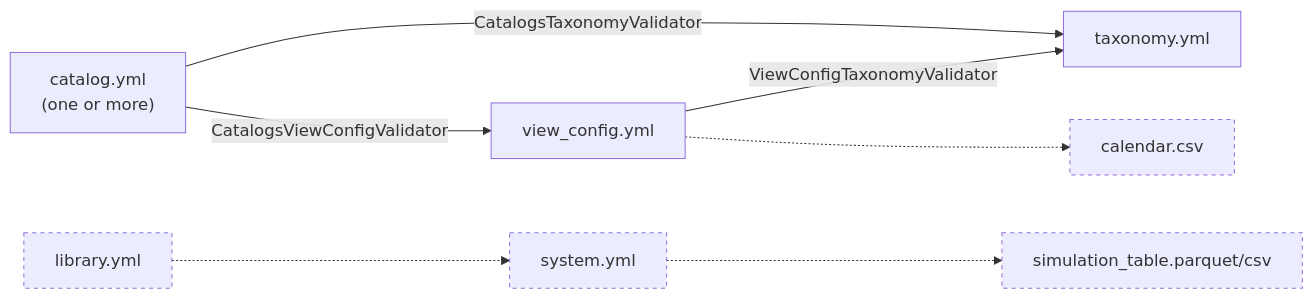
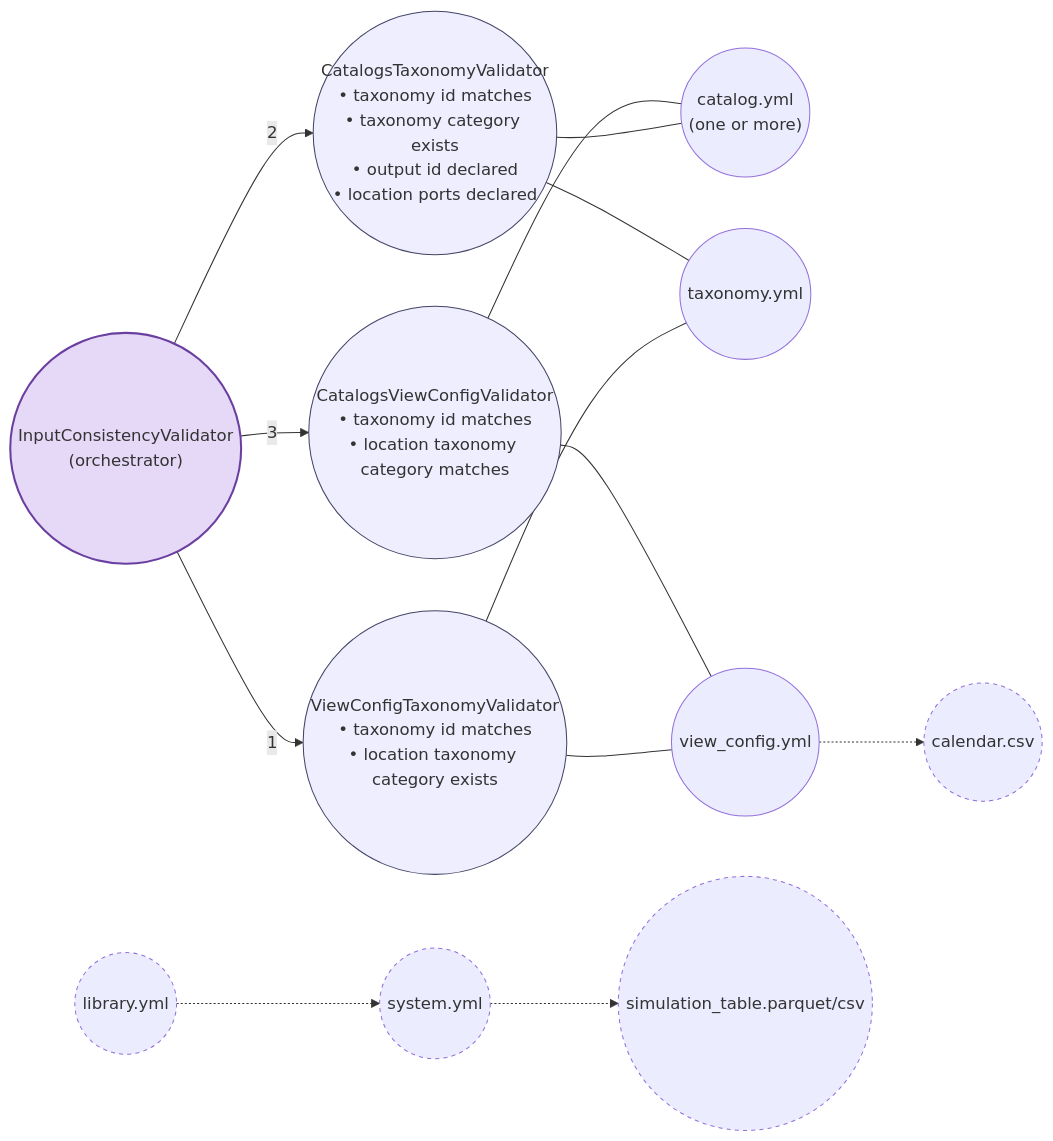
Before and after one commit to AntaresSimulatorTeam/GEMS-ViewsBuilder: the diagram in docs/input_validation_diagram.md, drawn with Mermaid. The commit also changed other lines of this file, not shown here.

Commit message:
refactor(input validation diagram): enhance diagram clarity and structure
- Updated the input validation diagram to reflect the new pipeline structure, including the orchestrator and validator classes.
- Improved node descriptions and added numbered edges to indicate run order, enhancing the overall clarity of the validation process.
- Clarified the relationships between validators and input files, ensuring a more comprehensive understanding of the validation flow.

````diff
--- a/docs/input_validation_diagram.md
+++ b/docs/input_validation_diagram.md
@@ -7,21 +8,38 @@
 ```mermaid
 graph LR
-    catalog["catalog.yml<br/>(one or more)"]
-    taxonomy["taxonomy.yml"]
-    view_config["view_config.yml"]
-    library["library.yml"]
-    system["system.yml"]
-    simulation_table["simulation_table.parquet/csv"]
-    calendar["calendar.csv"]
+    orchestrator(("InputConsistencyValidator<br/>(orchestrator)"))
 
-    catalog -- "CatalogsTaxonomyValidator" --> taxonomy
-    view_config -- "ViewConfigTaxonomyValidator" --> taxonomy
-    catalog -- "CatalogsViewConfigValidator" --> view_config
+    catalog(("catalog.yml<br/>(one or more)"))
+    taxonomy(("taxonomy.yml"))
+    view_config(("view_config.yml"))
+    library(("library.yml"))
+    system(("system.yml"))
+    simulation_table(("simulation_table.parquet/csv"))
+    calendar(("calendar.csv"))
+
+    vc_tax(("ViewConfigTaxonomyValidator<br/>• taxonomy id matches<br/>• location taxonomy category exists"))
+    cat_tax(("CatalogsTaxonomyValidator<br/>• taxonomy id matches<br/>• taxonomy category exists<br/>• output id declared<br/>• location ports declared"))
+    cat_vc(("CatalogsViewConfigValidator<br/>• taxonomy id matches<br/>• location taxonomy category matches"))
+
+    orchestrator -- "1" --> vc_tax
+    orchestrator -- "2" --> cat_tax
+    orchestrator -- "3" --> cat_vc
+
+    vc_tax --- view_config
+    vc_tax --- taxonomy
+    cat_tax --- catalog
+    cat_tax --- taxonomy
+    cat_vc --- catalog
+    cat_vc --- view_config
 
     library -.-> system
     system -.-> simulation_table
     view_config -.-> calendar
 
     classDef unvalidated stroke-dasharray: 4 4;
     class library,system,simulation_table,calendar unvalidated;
+    classDef orchestrator fill:#e6d9f7,stroke:#6b3fa0,stroke-width:2px;
+    class orchestrator orchestrator;
+    classDef validator fill:#eef,stroke:#446;
+    class vc_tax,cat_tax,cat_vc validator;
 ```
````
